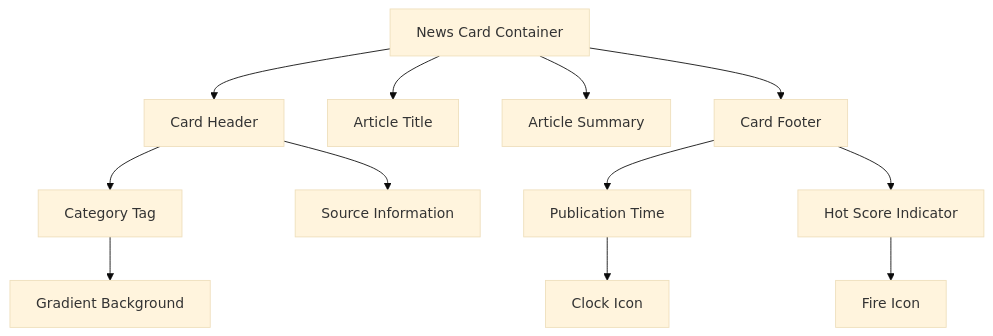
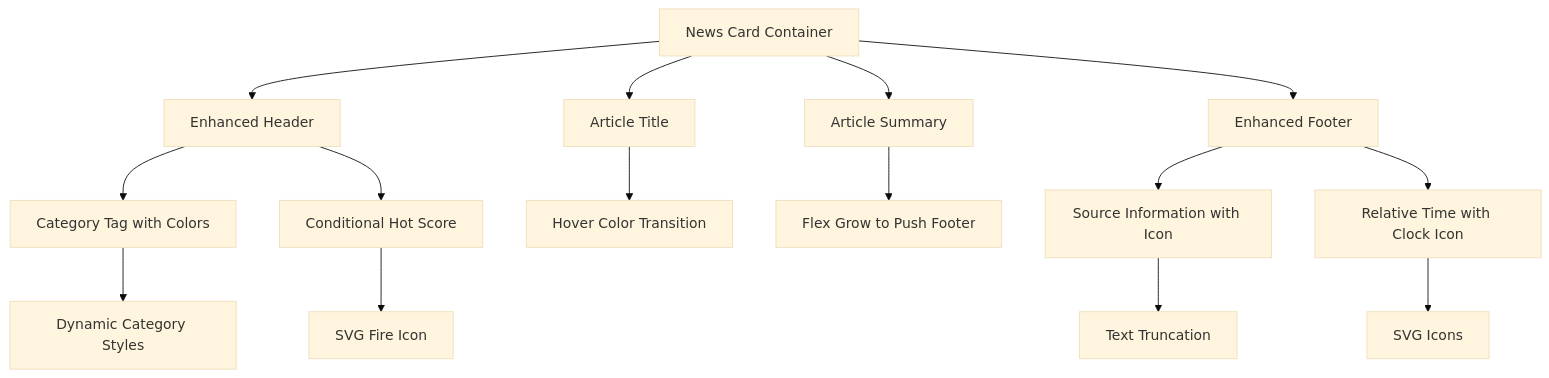
One commit to zbw-zbw/news-aggregator changed the fourth of 9 diagrams in .qoder/repowiki/en/content/Frontend Application/NewsCard Component.md. Above: the diagram before and after it, drawn with Mermaid (base theme). The commit also changed other lines of this file and 4 other files, not shown here.

````diff
--- a/.qoder/repowiki/en/content/Frontend Application/NewsCard Component.md
+++ b/.qoder/repowiki/en/content/Frontend Application/NewsCard Component.md
@@ -145,14 +168,17 @@
 ```mermaid
 flowchart TD
-Container["News Card Container"] --> Header["Card Header"]
+Container["News Card Container"] --> Header["Enhanced Header"]
 Container --> Title["Article Title"]
 Container --> Summary["Article Summary"]
-Container --> Footer["Card Footer"]
-Header --> Category["Category Tag"]
-Header --> Source["Source Information"]
-Footer --> Time["Publication Time"]
-Footer --> HotScore["Hot Score Indicator"]
-Category --> Gradient["Gradient Background"]
-Time --> ClockIcon["Clock Icon"]
-HotScore --> FireIcon["Fire Icon"]
+Container --> Footer["Enhanced Footer"]
+Header --> Category["Category Tag with Colors"]
+Header --> HotScore["Conditional Hot Score"]
+Category --> CategoryStyles["Dynamic Category Styles"]
+HotScore --> FireIcon["SVG Fire Icon"]
+Title --> HoverEffect["Hover Color Transition"]
+Summary --> FlexGrow["Flex Grow to Push Footer"]
+Footer --> Source["Source Information with Icon"]
+Footer --> Time["Relative Time with Clock Icon"]
+Source --> Truncate["Text Truncation"]
+Time --> Icons["SVG Icons"]
 ```
````
